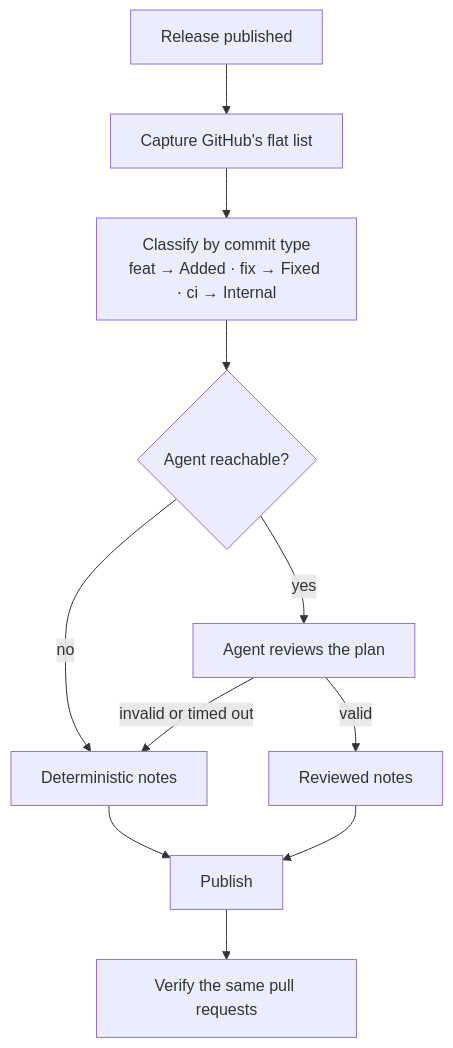
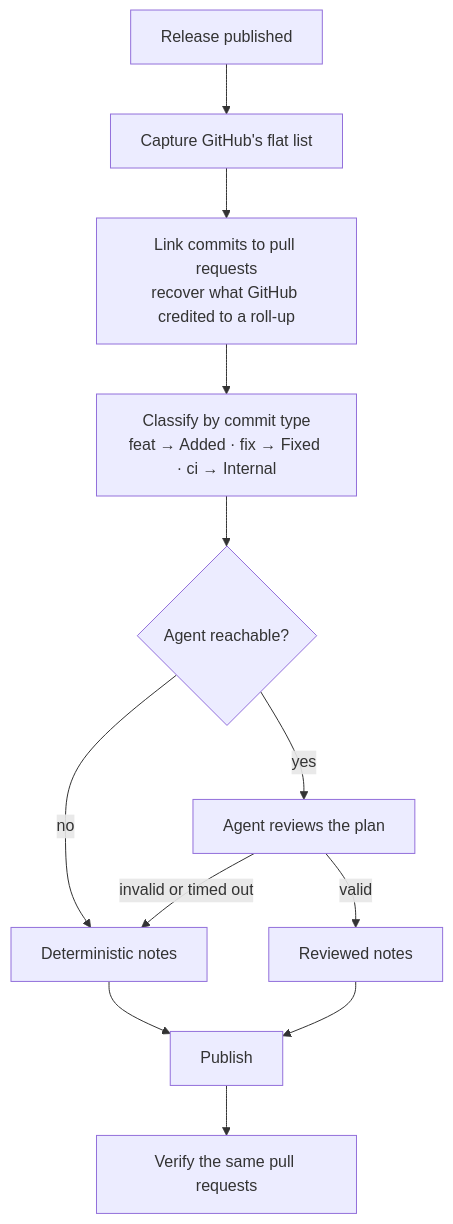
Before and after one commit to Mesh-LLM/mesh-llm: the diagram in .agents/skills/release-notes/SKILL.md, drawn with Mermaid. The commit also changed other lines of this file and 5 other files, not shown here.

````diff
--- a/.agents/skills/release-notes/SKILL.md
+++ b/.agents/skills/release-notes/SKILL.md
@@ -49,13 +54,14 @@
 ```mermaid
 flowchart TD
     A["Release published"] --> B["Capture GitHub's flat list"]
-    B --> C["Classify by commit type<br/>feat → Added · fix → Fixed · ci → Internal"]
+    B --> L["Link commits to pull requests<br/>recover what GitHub credited to a roll-up"]
+    L --> C["Classify by commit type<br/>feat → Added · fix → Fixed · ci → Internal"]
     C --> D{"Agent reachable?"}
     D -- no --> F["Deterministic notes"]
     D -- yes --> E["Agent reviews the plan"]
     E -- valid --> G["Reviewed notes"]
     E -- "invalid or timed out" --> F
     F --> P["Publish"]
     G --> P
     P --> V["Verify the same pull requests"]
 ```
````
